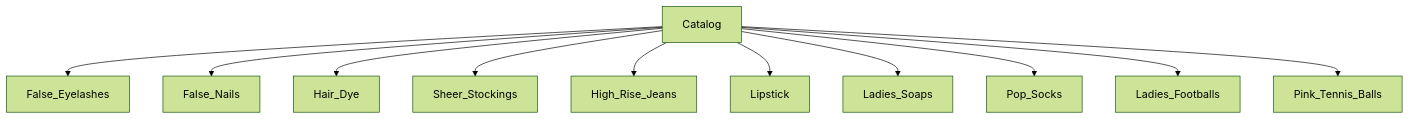
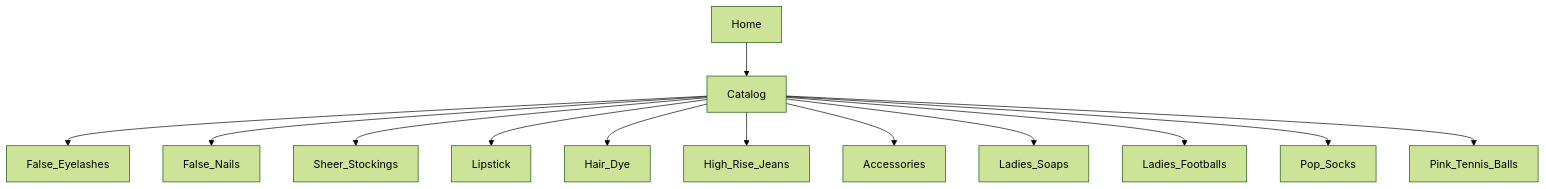
The diagram in specs/product-spec.md (misterfitzy/false-eyelash-store), drawn with Mermaid (forest theme) before and after one commit. The commit also changed other lines of this file, not shown here.

Commit message:
Spec update: Pink Tennis Balls category fully specified, confirmed, and workflow-ready (shopper/admin features, filtering, admin ops, data model, accessibility, next steps).

````diff
--- a/specs/product-spec.md
+++ b/specs/product-spec.md
@@ -19,14 +11,15 @@
 ```mermaid
-graph TD
-  Catalog
-    Catalog --> False_Eyelashes
-    Catalog --> False_Nails
-    Catalog --> Hair_Dye
-    Catalog --> Sheer_Stockings
-    Catalog --> High_Rise_Jeans
-    Catalog --> Lipstick
-    Catalog --> Ladies_Soaps
-    Catalog --> Pop_Socks
-    Catalog --> Ladies_Footballs
-    Catalog --> Pink_Tennis_Balls
+graph TD;
+  Home --> Catalog;
+  Catalog --> False_Eyelashes;
+  Catalog --> False_Nails;
+  Catalog --> Sheer_Stockings;
+  Catalog --> Lipstick;
+  Catalog --> Hair_Dye;
+  Catalog --> High_Rise_Jeans;
+  Catalog --> Accessories;
+  Catalog --> Ladies_Soaps;
+  Catalog --> Ladies_Footballs;
+  Catalog --> Pop_Socks;
+  Catalog --> Pink_Tennis_Balls;
 ```
````
